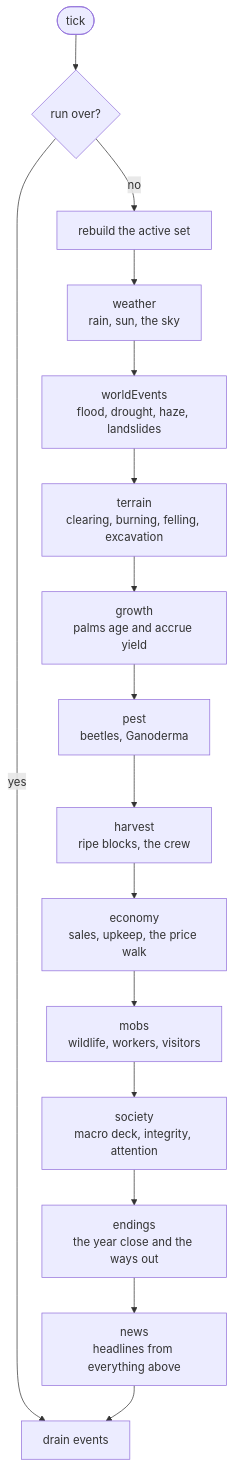
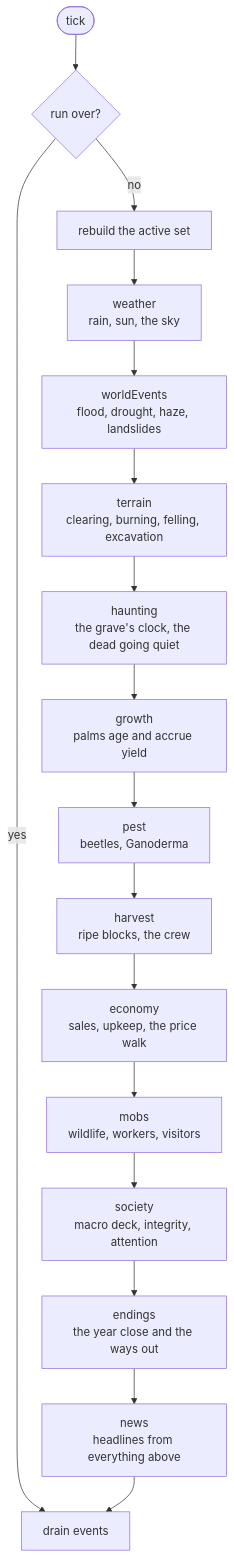
The first of 2 diagrams in docs/simulation.md (luissebastian953/accursed-forest), drawn with Mermaid before and after one commit. The commit also changed other lines of this file and 70 other files, not shown here.

````diff
--- a/docs/simulation.md
+++ b/docs/simulation.md
@@ -11,18 +11,19 @@
 ```mermaid
 flowchart TD
   start([tick]) --> over{run over?}
   over -- yes --> drain[drain events]
   over -- no --> active[rebuild the active set]
   active --> weather[weather<br/>rain, sun, the sky]
   weather --> world[worldEvents<br/>flood, drought, haze, landslides]
   world --> terrain[terrain<br/>clearing, burning, felling, excavation]
-  terrain --> growth[growth<br/>palms age and accrue yield]
+  terrain --> haunting[haunting<br/>the grave's clock, the dead going quiet]
+  haunting --> growth[growth<br/>palms age and accrue yield]
   growth --> pest[pest<br/>beetles, Ganoderma]
   pest --> harvest[harvest<br/>ripe blocks, the crew]
   harvest --> economy[economy<br/>sales, upkeep, the price walk]
   economy --> mobs[mobs<br/>wildlife, workers, visitors]
   mobs --> society[society<br/>macro deck, integrity, attention]
   society --> endings[endings<br/>the year close and the ways out]
   endings --> news[news<br/>headlines from everything above]
   news --> drain
 ```
````
